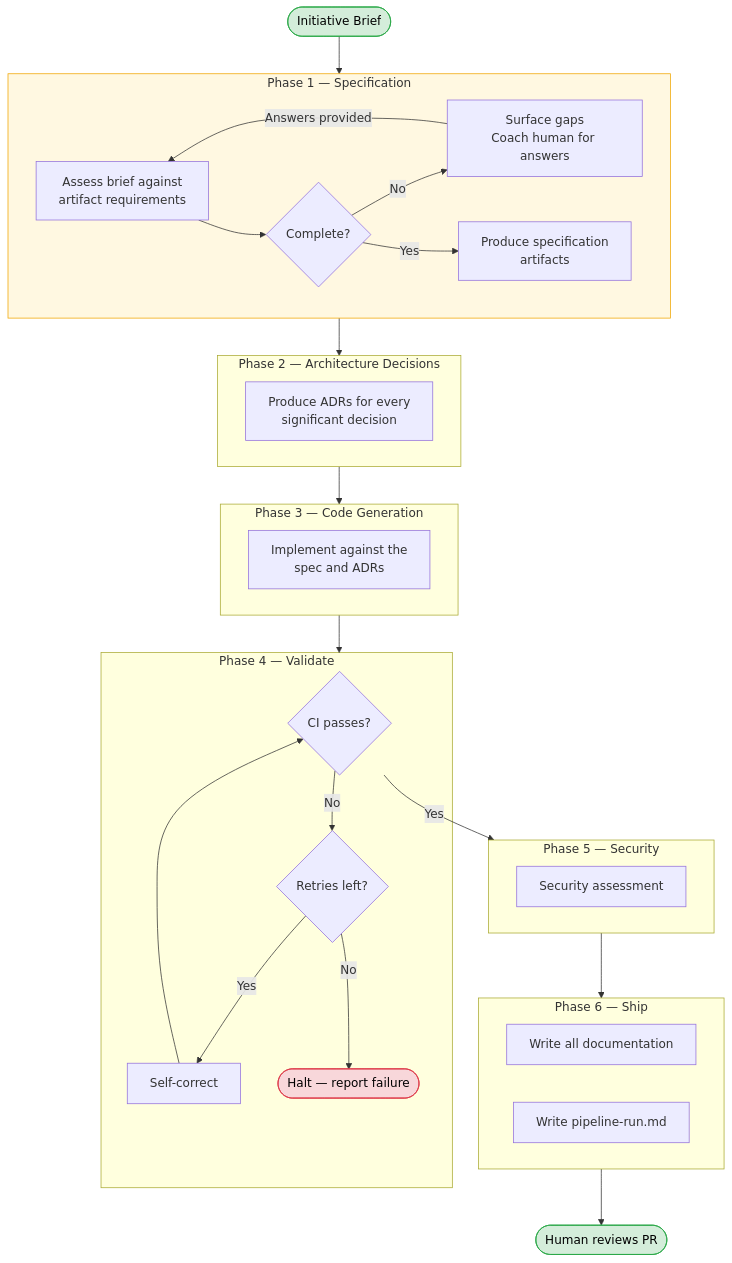
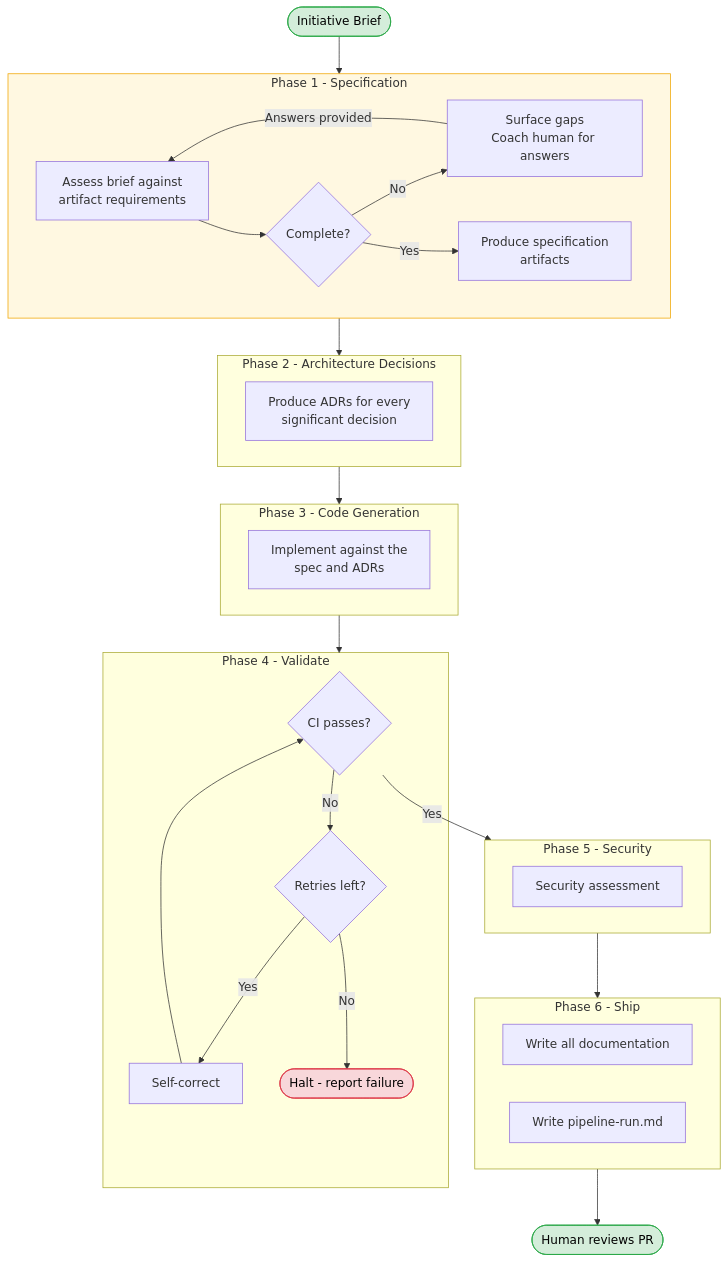
Before and after one commit to planifest/planifest-framework: the first of 2 diagrams in planifest-docs/p015-planifest-pipeline.md, drawn with Mermaid. The commit also changed other lines of this file and 56 other files, not shown here.

````diff
--- a/planifest-docs/p015-planifest-pipeline.md
+++ b/planifest-docs/p015-planifest-pipeline.md
@@ -43,53 +43,53 @@
 ```mermaid
 flowchart TD
     BRIEF([Initiative Brief]) --> PHASE1
 
-    subgraph PHASE1["Phase 1 — Specification"]
+    subgraph PHASE1["Phase 1 - Specification"]
         ASSESS["Assess brief against\nartifact requirements"]
         COMPLETE{"Complete?"}
         COACH["Surface gaps\nCoach human for answers"]
         SPEC["Produce specification\nartifacts"]
         ASSESS --> COMPLETE
         COMPLETE -->|No| COACH
         COACH -->|Answers provided| ASSESS
         COMPLETE -->|Yes| SPEC
     end
 
-    subgraph PHASE2["Phase 2 — Architecture Decisions"]
+    subgraph PHASE2["Phase 2 - Architecture Decisions"]
         ADR["Produce ADRs for every\nsignificant decision"]
     end
 
-    subgraph PHASE3["Phase 3 — Code Generation"]
+    subgraph PHASE3["Phase 3 - Code Generation"]
         CODE["Implement against the\nspec and ADRs"]
     end
 
-    subgraph PHASE4["Phase 4 — Validate"]
+    subgraph PHASE4["Phase 4 - Validate"]
         CHECK{"CI passes?"}
         FIX["Self-correct"]
         RETRY{"Retries left?"}
-        HALT(["Halt — report failure"])
+        HALT(["Halt - report failure"])
     end
 
-    subgraph PHASE5["Phase 5 — Security"]
+    subgraph PHASE5["Phase 5 - Security"]
         SEC["Security assessment"]
     end
 
-    subgraph PHASE6["Phase 6 — Ship"]
+    subgraph PHASE6["Phase 6 - Ship"]
         DOCS["Write all documentation"]
         RUN["Write pipeline-run.md"]
     end
 
     REVIEW(["Human reviews PR"])
 
     PHASE1 --> PHASE2 --> PHASE3 --> PHASE4
     CHECK -->|Yes| PHASE5
     CHECK -->|No| RETRY
     RETRY -->|Yes| FIX --> CHECK
     RETRY -->|No| HALT
     PHASE5 --> PHASE6 --> REVIEW
 
     style BRIEF fill:#d4edda,stroke:#28a745,color:#000
     style REVIEW fill:#d4edda,stroke:#28a745,color:#000
     style HALT fill:#f8d7da,stroke:#dc3545,color:#000
     style PHASE1 fill:#fff8e1,stroke:#f0a500
 ```
````
